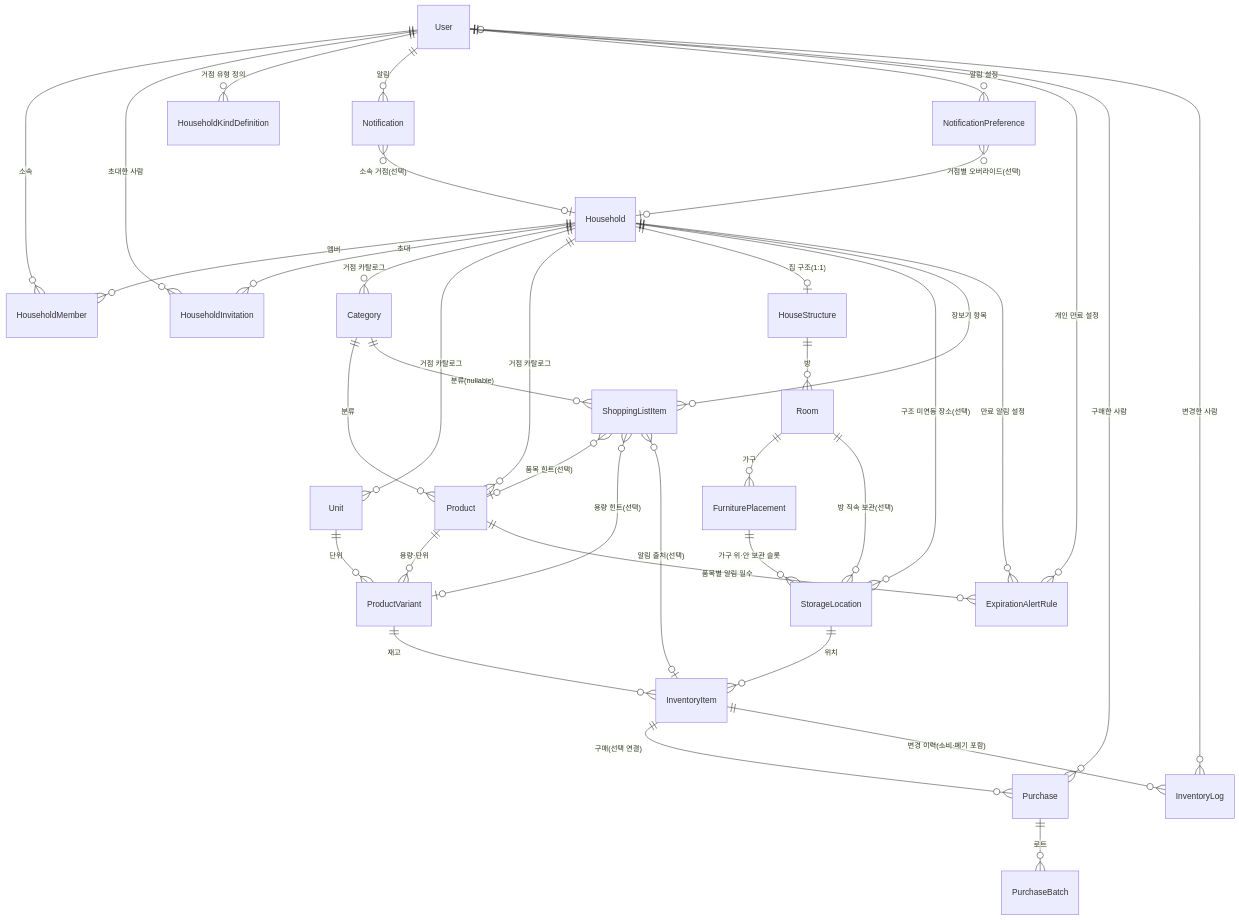
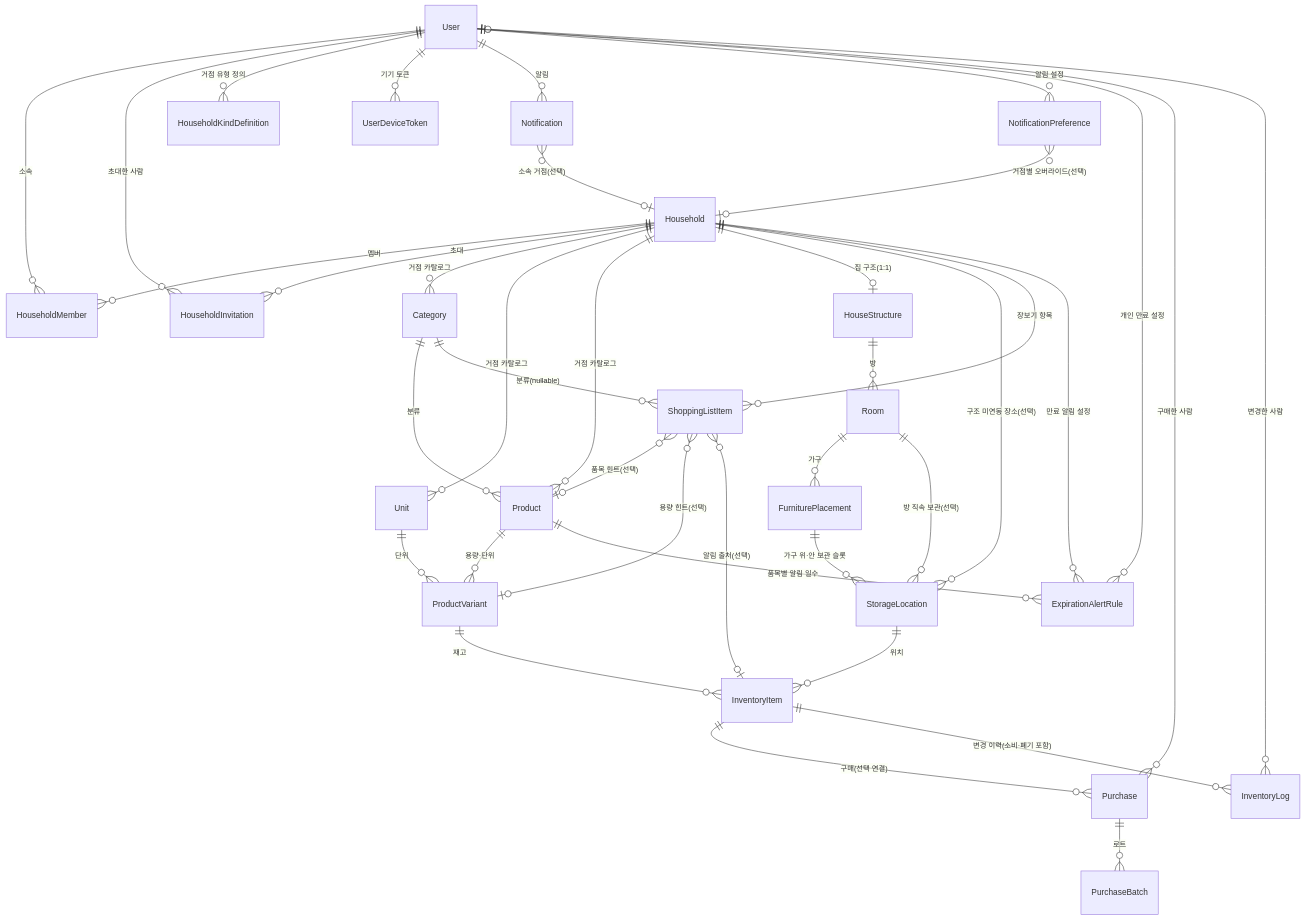
One commit to wukdddang/home-inventory-manager changed the diagram in docs/design/v2/entity-conceptual-design.md. Above: the diagram before and after it, drawn with Mermaid. The commit also changed other lines of this file and 22 other files, not shown here.

````diff
--- a/docs/design/v2/entity-conceptual-design.md
+++ b/docs/design/v2/entity-conceptual-design.md
@@ -39,47 +42,48 @@
 ```mermaid
 erDiagram
     User ||--o{ HouseholdMember : "소속"
     Household ||--o{ HouseholdMember : "멤버"
     Household ||--o{ HouseholdInvitation : "초대"
     User ||--o{ HouseholdInvitation : "초대한 사람"
     User ||--o{ HouseholdKindDefinition : "거점 유형 정의"
 
     Household ||--o{ Category : "거점 카탈로그"
     Household ||--o{ Unit : "거점 카탈로그"
     Household ||--o{ Product : "거점 카탈로그"
     Category ||--o{ Product : "분류"
 
     Household ||--o| HouseStructure : "집 구조(1:1)"
     HouseStructure ||--o{ Room : "방"
     Room ||--o{ FurniturePlacement : "가구"
     Room ||--o{ StorageLocation : "방 직속 보관(선택)"
     FurniturePlacement ||--o{ StorageLocation : "가구 위·안 보관 슬롯"
     Household ||--o{ StorageLocation : "구조 미연동 장소(선택)"
     Household ||--o{ ShoppingListItem : "장보기 항목"
     Household ||--o{ ExpirationAlertRule : "만료 알림 설정"
 
     Product ||--o{ ProductVariant : "용량·단위"
     Product ||--o{ ExpirationAlertRule : "품목별 알림 일수"
     Unit ||--o{ ProductVariant : "단위"
 
     ProductVariant ||--o{ InventoryItem : "재고"
     StorageLocation ||--o{ InventoryItem : "위치"
 
     InventoryItem ||--o{ Purchase : "구매(선택 연결)"
     Purchase ||--o{ PurchaseBatch : "로트"
     InventoryItem ||--o{ InventoryLog : "변경 이력(소비·폐기 포함)"
 
     Purchase }o--o| User : "구매한 사람"
     InventoryLog }o--o| User : "변경한 사람"
 
     Category ||--o{ ShoppingListItem : "분류(nullable)"
     ShoppingListItem }o--o| Product : "품목 힌트(선택)"
     ShoppingListItem }o--o| ProductVariant : "용량 힌트(선택)"
     ShoppingListItem }o--o| InventoryItem : "알림 출처(선택)"
 
+    User ||--o{ UserDeviceToken : "기기 토큰"
     User ||--o{ Notification : "알림"
     Notification }o--o| Household : "소속 거점(선택)"
     User ||--o{ NotificationPreference : "알림 설정"
     NotificationPreference }o--o| Household : "거점별 오버라이드(선택)"
     User ||--o{ ExpirationAlertRule : "개인 만료 설정"
 ```
````
